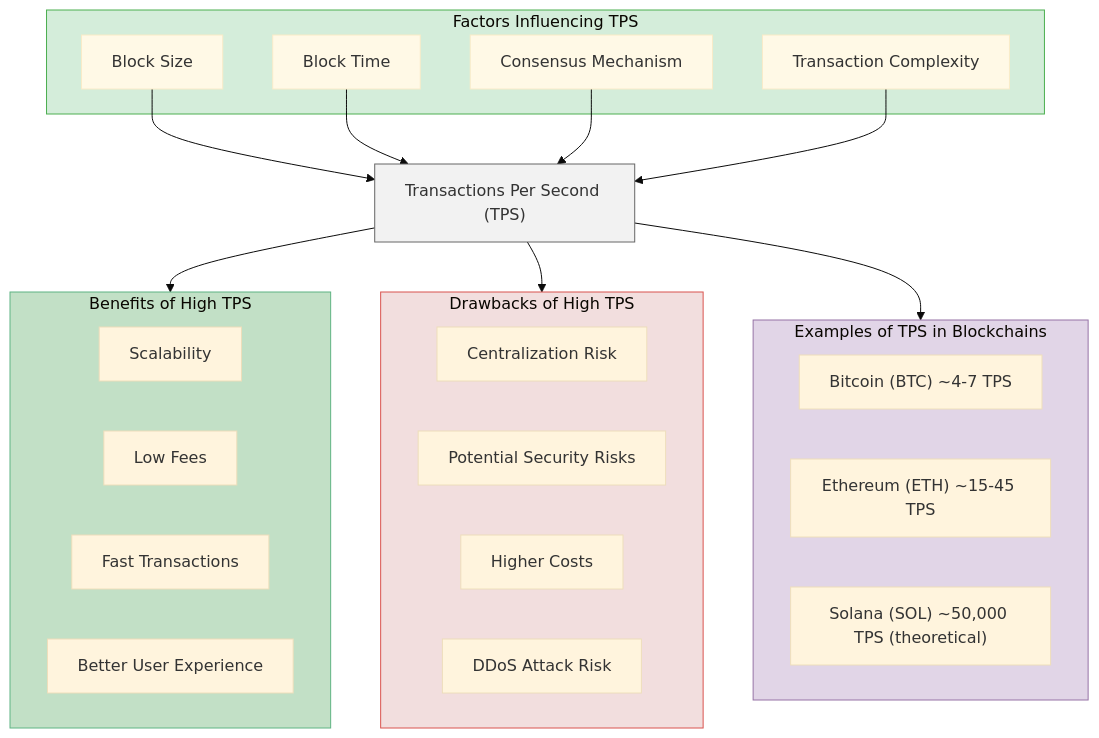
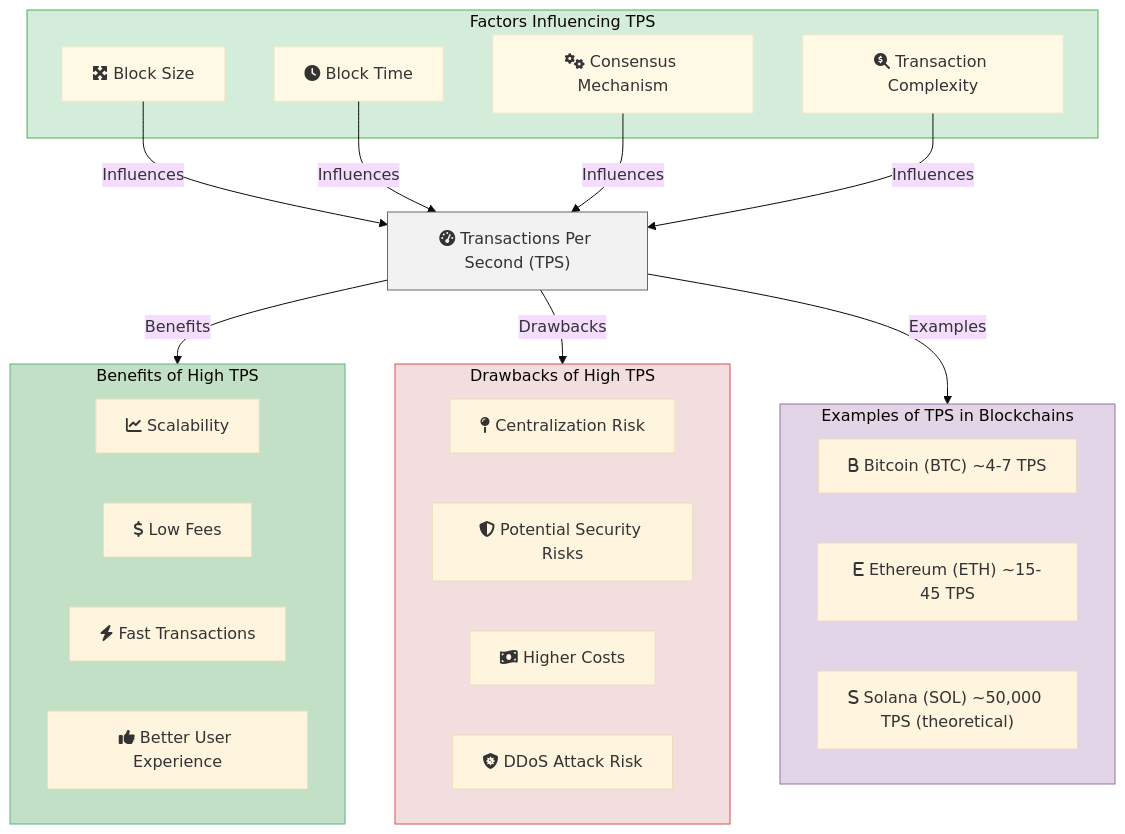
Diagram 23 of 25 in readme.md (HuyCuongBuiCong/blockchain-for-dummies), drawn with Mermaid (base theme) before and after one commit. The commit also changed other lines of this file, not shown here.

````diff
--- a/readme.md
+++ b/readme.md
@@ -762,49 +917,49 @@
 ```mermaid
 graph 
-    TPS["Transactions Per Second (TPS)"]
-    style TPS fill:#F2F2F2,stroke:#666666
+    transactionsPerSecond["fa:fa-tachometer-alt Transactions Per Second (TPS)"]
+    style transactionsPerSecond fill:#F2F2F2,stroke:#666666
 
-    subgraph Factors["Factors Influencing TPS"]
-        style Factors fill:#D4EDDA,stroke:#4CAF50
-        BlockSize["Block Size"]
-        style BlockSize fill:#FFF9E6,stroke:#F9EBC8
-        BlockTime["Block Time"]
-        style BlockTime fill:#FFF9E6,stroke:#F9EBC8
-        Consensus["Consensus Mechanism"]
-        style Consensus fill:#FFF9E6,stroke:#F9EBC8
-        TxComplexity["Transaction Complexity"]
-        style TxComplexity fill:#FFF9E6,stroke:#F9EBC8
+    subgraph factorsInfluencingTps["Factors Influencing TPS"]
+        style factorsInfluencingTps fill:#D4EDDA,stroke:#4CAF50
+        blockSize["fa:fa-expand-arrows-alt Block Size"]
+        style blockSize fill:#FFF9E6,stroke:#F9EBC8
+        blockTime["fa:fa-clock Block Time"]
+        style blockTime fill:#FFF9E6,stroke:#F9EBC8
+        consensusMechanism["fa:fa-cogs Consensus Mechanism"]
+        style consensusMechanism fill:#FFF9E6,stroke:#F9EBC8
+        transactionComplexity["fa:fa-search-dollar Transaction Complexity"]
+        style transactionComplexity fill:#FFF9E6,stroke:#F9EBC8
     end
 
-    subgraph Benefits["Benefits of High TPS"]
-        style Benefits fill:#C2E0C6,stroke:#5FB483
-        Scalability["Scalability"]
-        LowFees["Low Fees"]
-        FastTransactions["Fast Transactions"]
-        BetterUX["Better User Experience"]
+    subgraph benefitsHighTps["Benefits of High TPS"]
+        style benefitsHighTps fill:#C2E0C6,stroke:#5FB483
+        scalability["fa:fa-chart-line Scalability"]
+        lowFees["fa:fa-dollar-sign Low Fees"]
+        fastTransactions["fa:fa-bolt Fast Transactions"]
+        betterUserExperience["fa:fa-thumbs-up Better User Experience"]
     end
 
-    subgraph Drawbacks["Drawbacks of High TPS"]
-        style Drawbacks fill:#F2DEDE,stroke:#D9534F
-        Centralization["Centralization Risk"]
-        Security["Potential Security Risks"]
-        HighCosts["Higher Costs"]
-        DDOSRisk["DDoS Attack Risk"]
+    subgraph drawbacksHighTps["Drawbacks of High TPS"]
+        style drawbacksHighTps fill:#F2DEDE,stroke:#D9534F
+        centralizationRisk["fa:fa-map-pin Centralization Risk"]
+        potentialSecurityRisks["fa:fa-shield-alt Potential Security Risks"]
+        higherCosts["fa:fa-money-bill-wave Higher Costs"]
+        ddosAttackRisk["fa:fa-shield-virus DDoS Attack Risk"]
     end
 
-    subgraph Examples["Examples of TPS in Blockchains"]
-        style Examples fill:#E1D5E7,stroke:#9673A6
-        Bitcoin["Bitcoin (BTC) ~4-7 TPS"]
-        Ethereum["Ethereum (ETH) ~15-45 TPS"]
-        Solana["Solana (SOL) ~50,000 TPS (theoretical)"]
+    subgraph examplesTpsBlockchains["Examples of TPS in Blockchains"]
+        style examplesTpsBlockchains fill:#E1D5E7,stroke:#9673A6
+        bitcoin["fa:fa-b Bitcoin (BTC) ~4-7 TPS"]
+        ethereum["fa:fa-e Ethereum (ETH) ~15-45 TPS"]
+        solana["fa:fa-s Solana (SOL) ~50,000 TPS (theoretical)"]
     end
 
-    TPS --> Benefits
-    TPS --> Drawbacks
-    BlockSize --> TPS
-    BlockTime --> TPS
-    Consensus --> TPS
-    TxComplexity --> TPS
-    TPS --> Examples
+    transactionsPerSecond --> |"Benefits"|benefitsHighTps
+    transactionsPerSecond --> |"Drawbacks"|drawbacksHighTps
+    blockSize --> |"Influences"|transactionsPerSecond
+    blockTime --> |"Influences"|transactionsPerSecond
+    consensusMechanism --> |"Influences"|transactionsPerSecond
+    transactionComplexity --> |"Influences"|transactionsPerSecond
+    transactionsPerSecond --> |"Examples"|examplesTpsBlockchains
 
 ```
````
